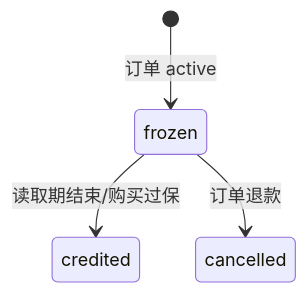
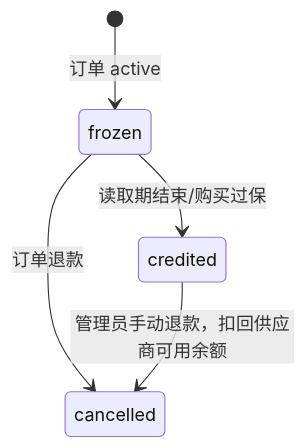
Before and after one commit to donnel666/remail: the second of 2 diagrams in docs/6-billing-wallet.md, drawn with Mermaid. The commit also changed other lines of this file and 58 other files, not shown here.

````diff
--- a/docs/6-billing-wallet.md
+++ b/docs/6-billing-wallet.md
@@ -100,6 +100,7 @@
 ```mermaid
 stateDiagram-v2
     [*] --> frozen: 订单 active
     frozen --> credited: 读取期结束/购买过保
     frozen --> cancelled: 订单退款
+    credited --> cancelled: 管理员手动退款，扣回供应商可用余额
 ```
````
